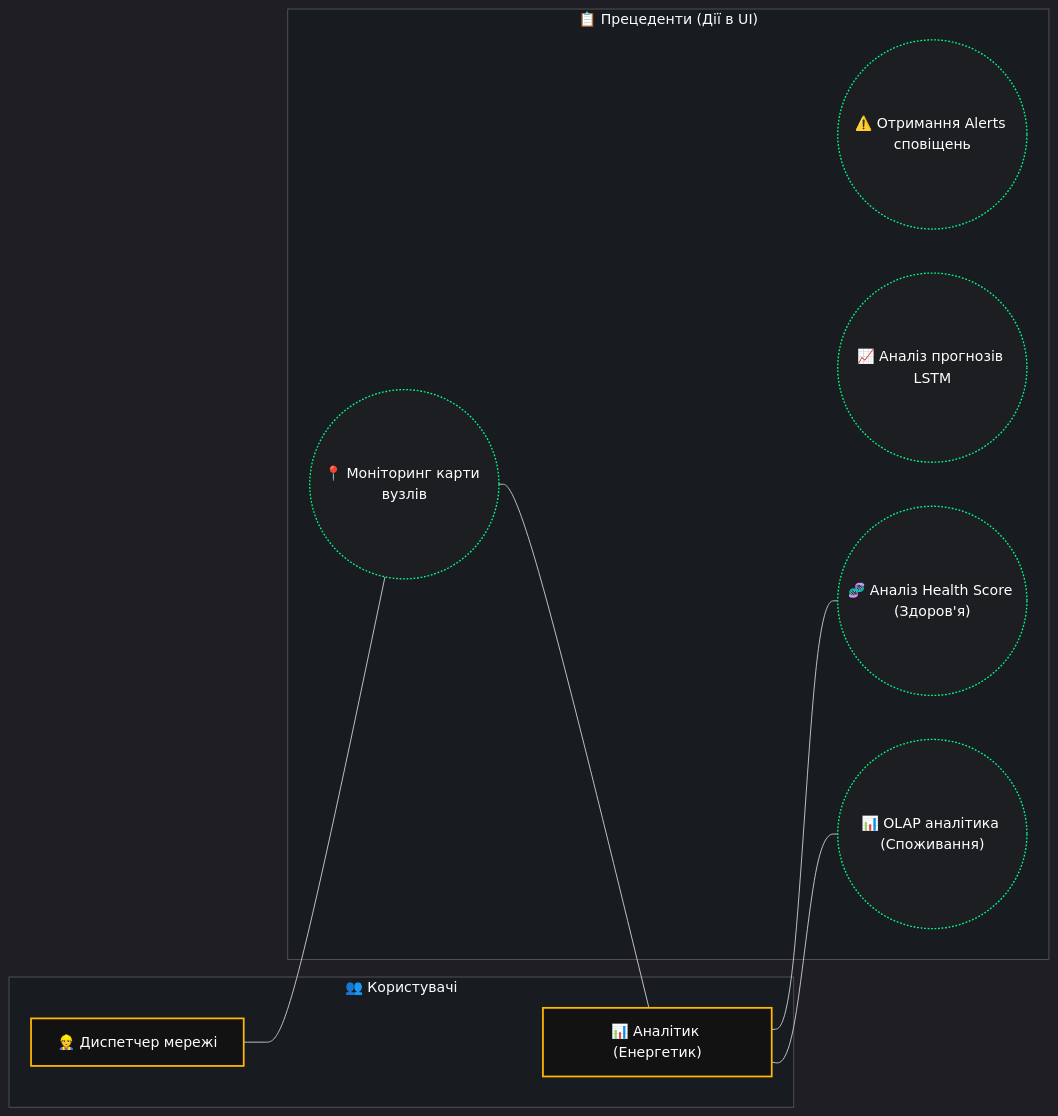
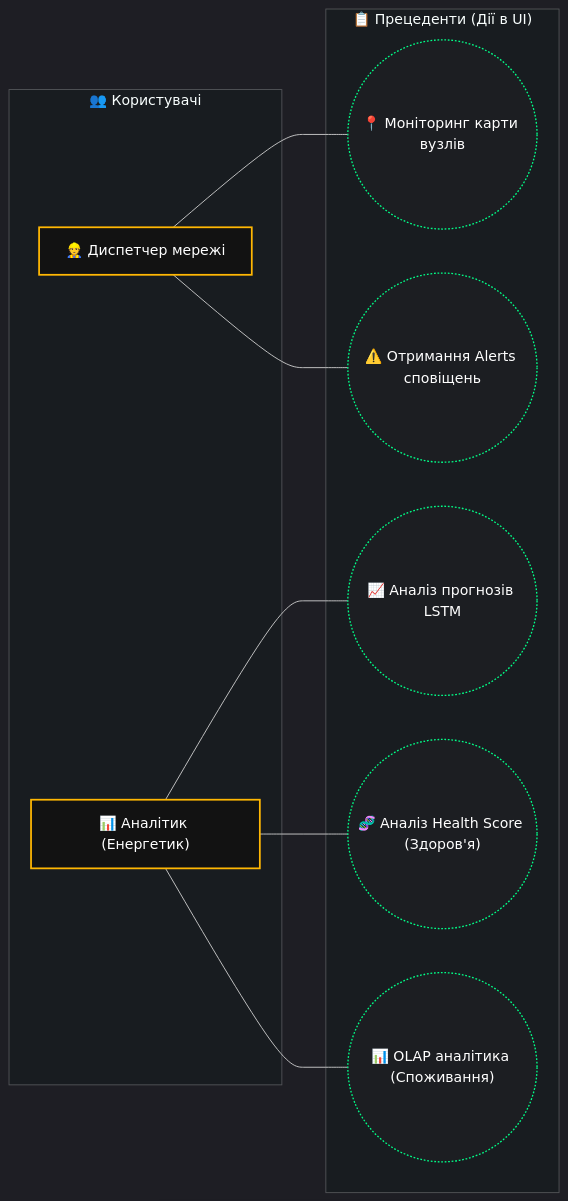
The sixth of 6 diagrams in README.md (Lutvunenko-Dmutro/EnergyMonitor-OLAP), drawn with Mermaid before and after one commit.

Commit message:
Update actor relationships in README diagram

````diff
--- a/README.md
+++ b/README.md
@@ -359,32 +359,34 @@
 ```mermaid
 %%{init: {'theme': 'dark', 'themeVariables': { 'primaryColor': '#00ff88', 'edgeLabelBackground':'#1e1e1e', 'clusterBkg':'#181c20'}}}%%
 graph LR
     subgraph Actors ["👥 Користувачі"]
         D_Actor["👷 Диспетчер мережі"]
         A_Actor["📊 Аналітик (Енергетик)"]
     end
 
     subgraph UseCases ["📋 Прецеденти (Дії в UI)"]
         UC1(("📍 Моніторинг карти вузлів"))
         UC3(("⚠️ Отримання Alerts сповіщень"))
         UC2(("📈 Аналіз прогнозів LSTM"))
         UC4(("🧬 Аналіз Health Score (Здоров'я)"))
         UC5(("📊 OLAP аналітика (Споживання)"))
     end
 
     D_Actor --- UC1
----
+    D_Actor --- UC3
+    
+    A_Actor --- UC2
     A_Actor --- UC4
     A_Actor --- UC5
 
     classDef actor fill:#121212,stroke:#ffb703,stroke-width:2px,color:#fff;
     classDef usecase fill:#1c1e22,stroke:#00ff88,stroke-width:1.5px,color:#fff,stroke-dasharray: 2 2;
     
     D_Actor:::actor
     A_Actor:::actor
     UC1:::usecase
     UC2:::usecase
     UC3:::usecase
     UC4:::usecase
     UC5:::usecase
 ```
````
